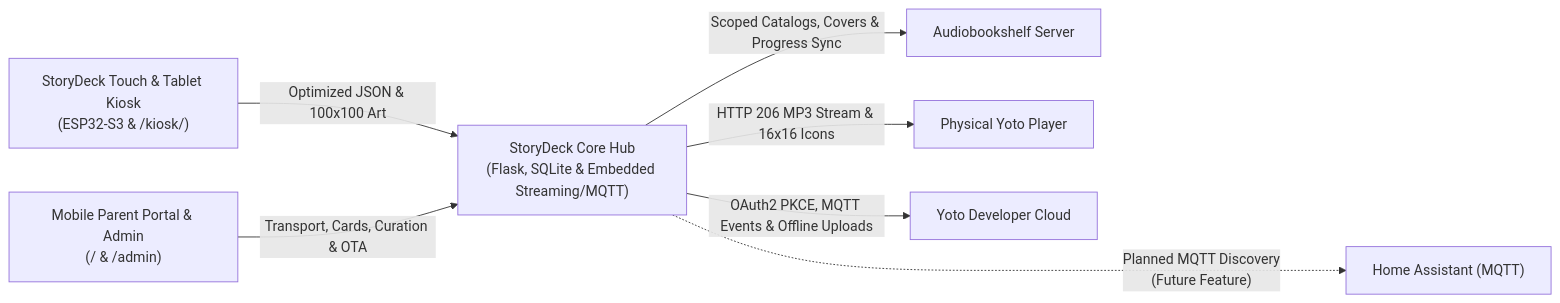
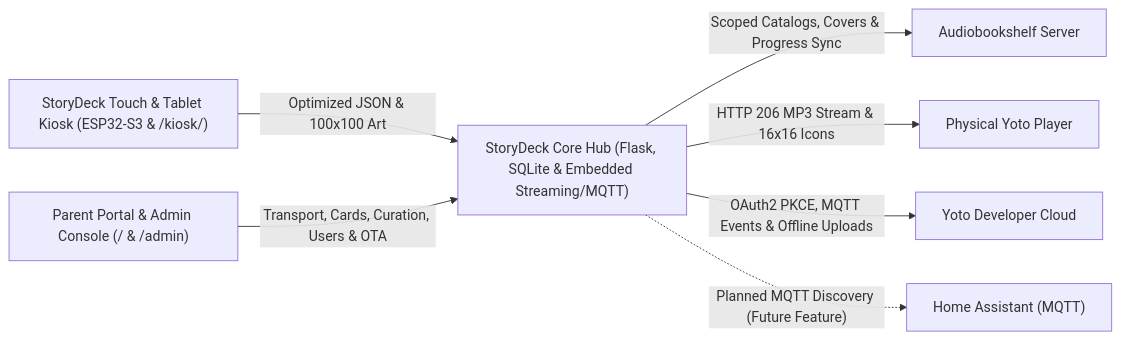
Before and after one commit to YotoStoryDeck/core: the diagram in README.md, drawn with Mermaid. The commit also changed other lines of this file, not shown here.

Commit message:
docs: run doc sweep for storydeck-core

````diff
--- a/README.md
+++ b/README.md
@@ -22,9 +22,9 @@
 ```mermaid
 flowchart LR
-    Touch["StoryDeck Touch & Tablet Kiosk<br/>(ESP32-S3 & /kiosk/)"] -->|"Optimized JSON & 100x100 Art"| Core["StoryDeck Core Hub<br/>(Flask, SQLite & Embedded Streaming/MQTT)"]
-    Portal["Mobile Parent Portal & Admin<br/>(/ & /admin)"] -->|"Transport, Cards, Curation & OTA"| Core
+    Touch["StoryDeck Touch & Tablet Kiosk (ESP32-S3 & /kiosk/)"] -->|"Optimized JSON & 100x100 Art"| Core["StoryDeck Core Hub (Flask, SQLite & Embedded Streaming/MQTT)"]
+    Portal["Parent Portal & Admin Console (/ & /admin)"] -->|"Transport, Cards, Curation, Users & OTA"| Core
     Core -->|"Scoped Catalogs, Covers & Progress Sync"| ABS["Audiobookshelf Server"]
     Core -->|"HTTP 206 MP3 Stream & 16x16 Icons"| YotoPlayer["Physical Yoto Player"]
     Core -->|"OAuth2 PKCE, MQTT Events & Offline Uploads"| YotoCloud["Yoto Developer Cloud"]
-    Core -...->|"Planned MQTT Discovery<br/>(Future Feature)"| HA["Home Assistant (MQTT)"]
+    Core -.->|"Planned MQTT Discovery (Future Feature)"| HA["Home Assistant (MQTT)"]
 ```
````
